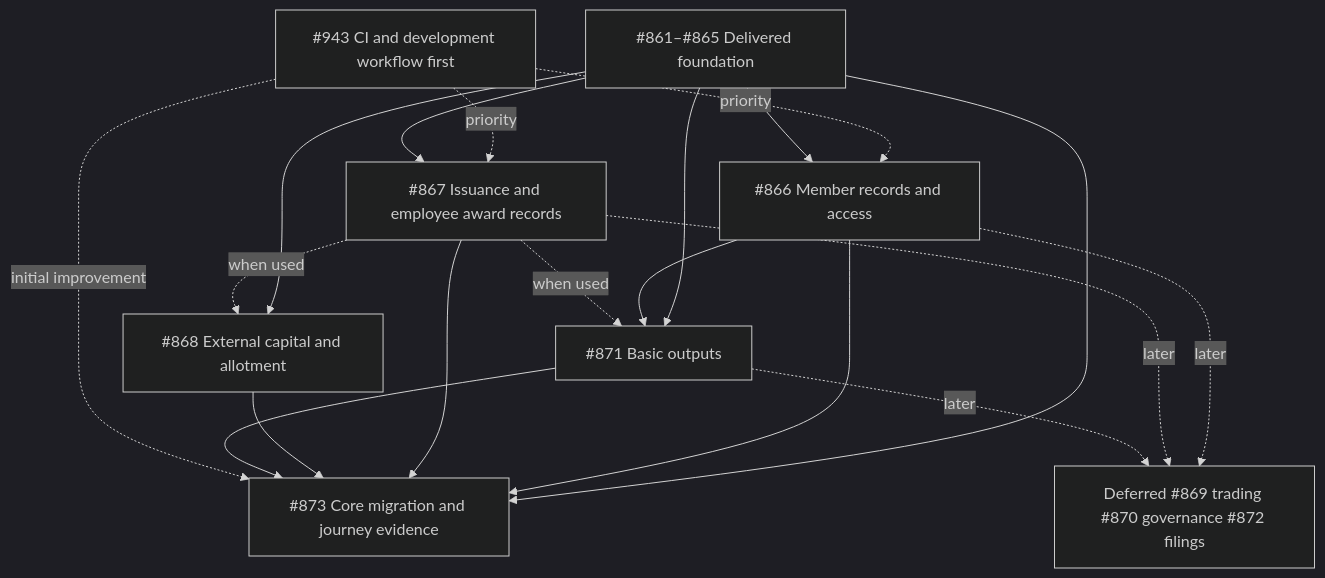
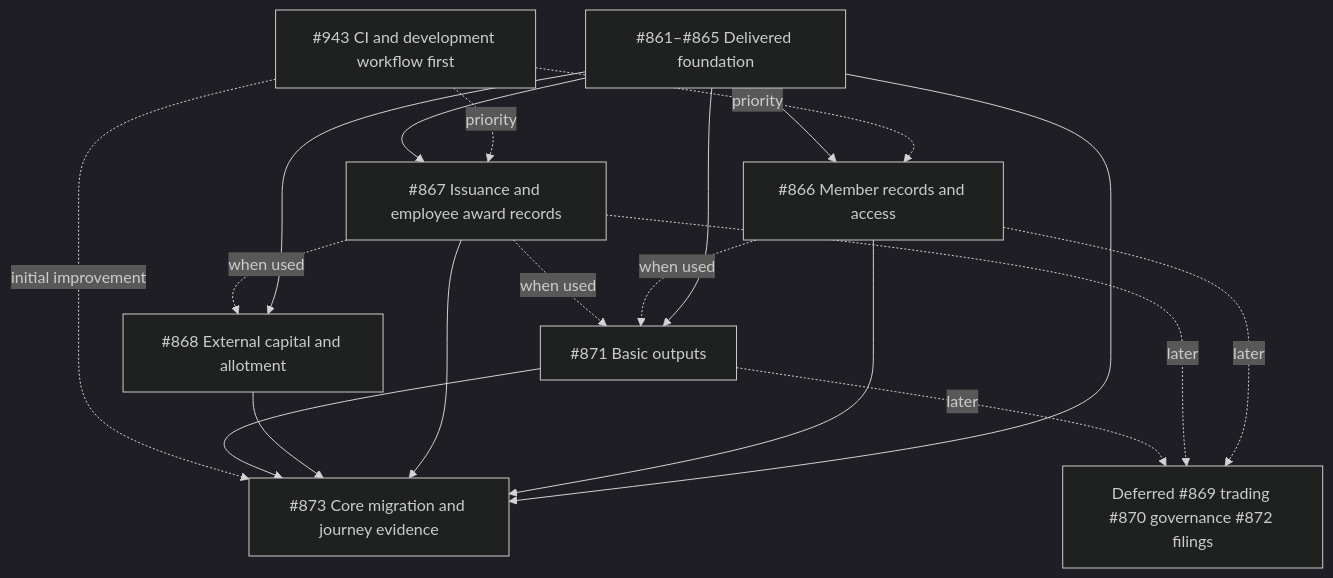
The diagram in docs/plans/company-managed-registers/README.md (Ledova/ledova), drawn with Mermaid (dark theme) before and after one commit.

Commit message:
docs(#943): keep member outputs dependency conditional

````diff
--- a/docs/plans/company-managed-registers/README.md
+++ b/docs/plans/company-managed-registers/README.md
@@ -141,29 +141,29 @@
 ```mermaid
 flowchart TB
     workflow["#943 CI and development workflow first"]
     foundation["#861–#865 Delivered foundation"]
     participants["#866 Member records and access"]
     issuance["#867 Issuance and employee award records"]
     primary["#868 External capital and allotment"]
     outputs["#871 Basic outputs"]
     acceptance["#873 Core migration and journey evidence"]
     later["Deferred #869 trading #870 governance #872 filings"]
     workflow -. priority .-> participants
     workflow -. priority .-> issuance
     foundation --> participants
     foundation --> issuance
     foundation --> primary
     issuance -. when used .-> primary
     foundation --> outputs
-    participants --> outputs
+    participants -. when used .-> outputs
     issuance -. when used .-> outputs
     foundation --> acceptance
     participants --> acceptance
     issuance --> acceptance
     primary --> acceptance
     outputs --> acceptance
     workflow -. initial improvement .-> acceptance
     participants -. later .-> later
     issuance -. later .-> later
     outputs -. later .-> later
 ```
````
